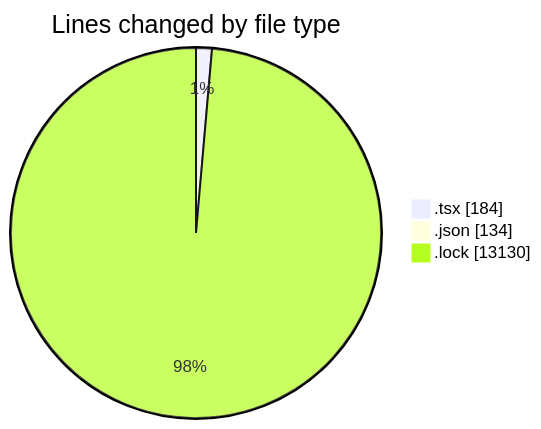
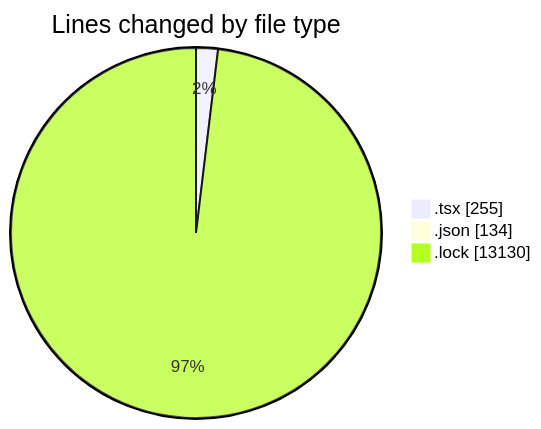
Before and after one commit to momahboobian/code-tracking: the first of 2 diagrams in 2025-02-09/cda/README.md, drawn with Mermaid. The commit also changed other lines of this file and 1 other file, not shown here.

````diff
--- a/2025-02-09/cda/README.md
+++ b/2025-02-09/cda/README.md
@@ -25,7 +25,7 @@
 ```mermaid
 pie showData
 title Lines changed by file type
-".tsx" : 184
+".tsx" : 255
 ".json" : 134
 ".lock" : 13130
 ```
````
